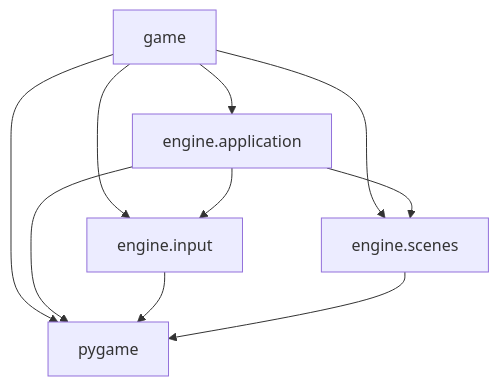
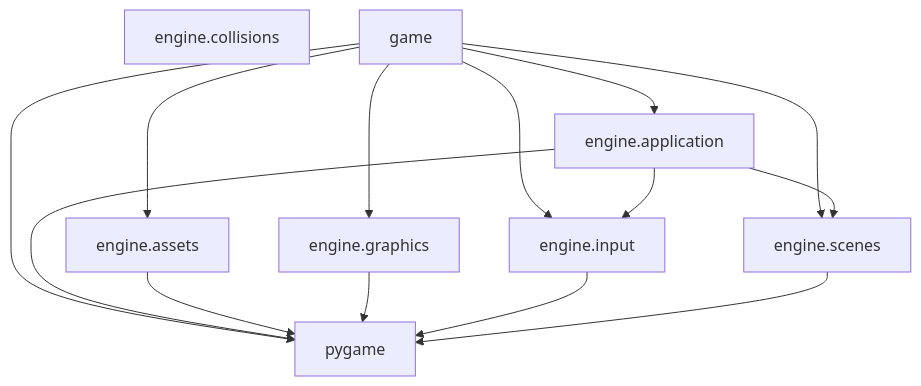
The diagram in docs/architecture/boundaries.md (VincentMardon/my_first_adventure_game), drawn with Mermaid before and after one commit. The commit also changed 7 other files, not shown here.

````diff
--- a/docs/architecture/boundaries.md
+++ b/docs/architecture/boundaries.md
@@ -23,19 +23,26 @@
 ```mermaid
 flowchart TD
     Application["engine.application"]
+    Assets["engine.assets"]
+    Collisions["engine.collisions"]
+    Graphics["engine.graphics"]
     Input["engine.input"]
     Scenes["engine.scenes"]
     Pygame["pygame"]
     Game["game"]
 
     Game --> Application
+    Game --> Assets
+    Game --> Graphics
     Game --> Input
     Game --> Scenes
     Game --> Pygame
 
     Application --> Input
     Application --> Scenes
     Application --> Pygame
+    Assets --> Pygame
+    Graphics --> Pygame
     Input --> Pygame
     Scenes --> Pygame
 ```
````
